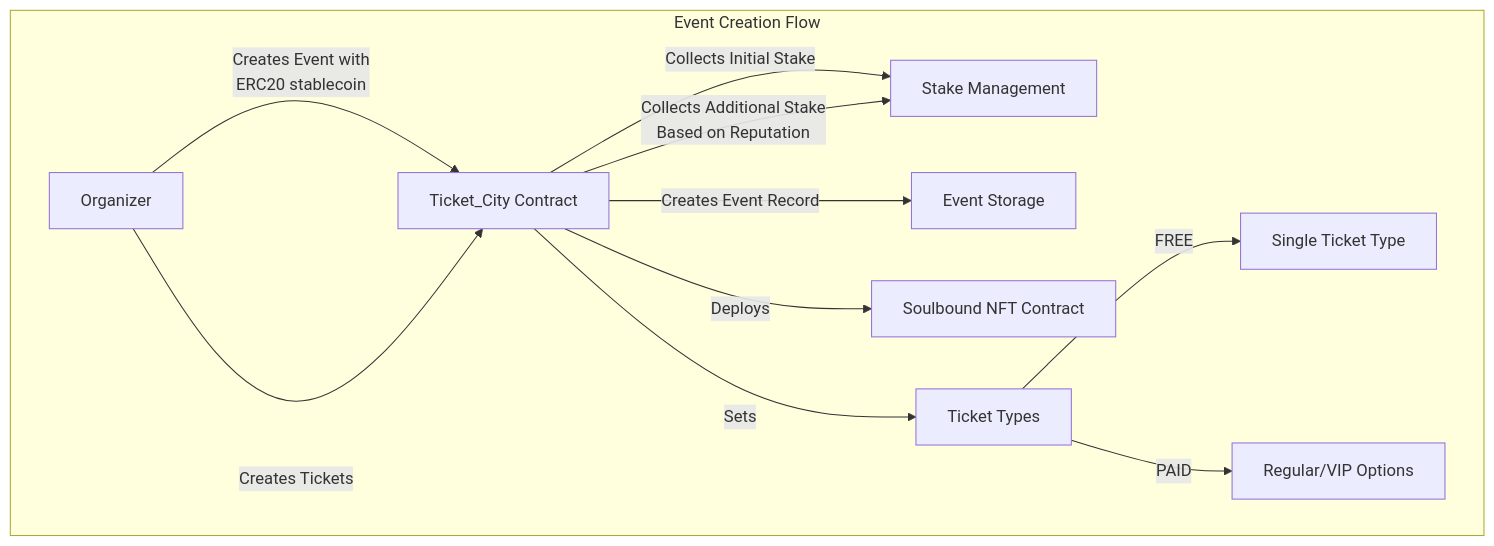
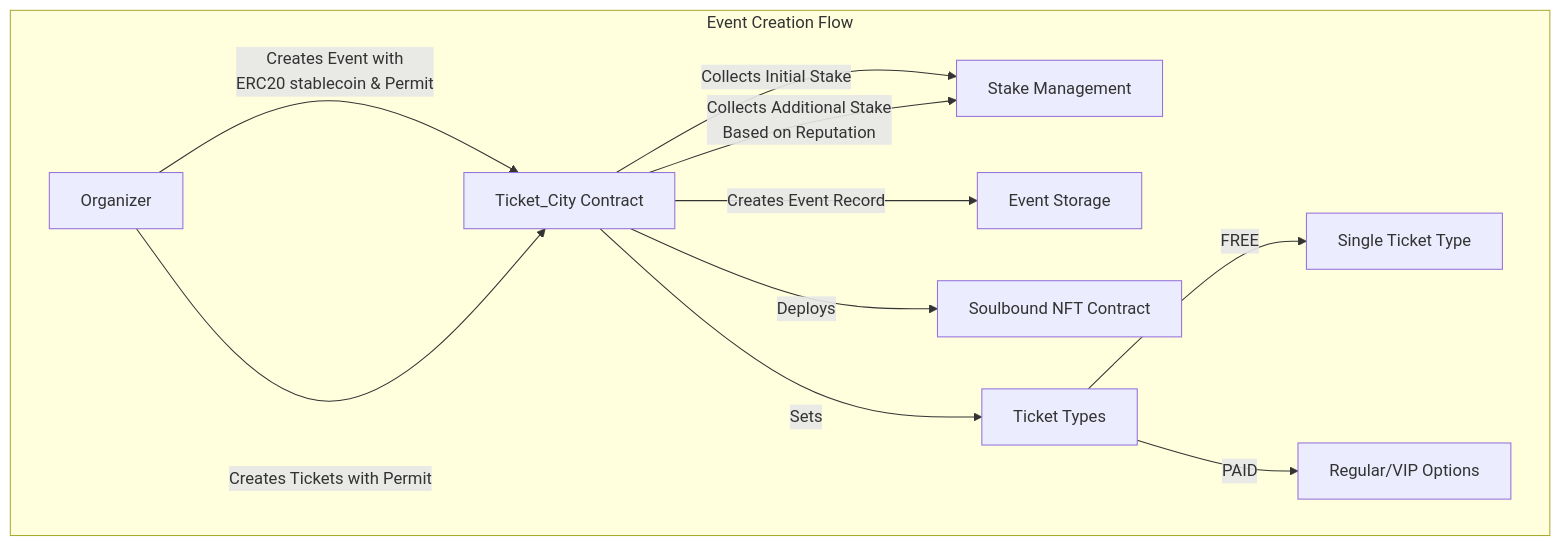
One commit to DevBigEazi/TicketCity changed the first of 6 diagrams in README.md. Above: the diagram before and after it, drawn with Mermaid. The commit also changed other lines of this file, not shown here.

````diff
--- a/README.md
+++ b/README.md
@@ -275,14 +281,14 @@
 ```mermaid
 graph TD
    subgraph "Event Creation Flow"
-   A[Organizer] -->|Creates Event with<br>ERC20 stablecoin| B[Ticket_City Contract]
+   A[Organizer] -->|Creates Event with<br>ERC20 stablecoin & Permit| B[Ticket_City Contract]
    B -->|Collects Initial Stake| C[Stake Management]
    B -->|Creates Event Record| D[Event Storage]
-   A -->|Creates Tickets| B
+   A -->|Creates Tickets with Permit| B
    B -->|Deploys| E[Soulbound NFT Contract]
    B -->|Sets| F[Ticket Types]
    F -->|FREE| G[Single Ticket Type]
    F -->|PAID| H[Regular/VIP Options]
    B -->|Collects Additional Stake<br>Based on Reputation| C
 end
 ```
````
